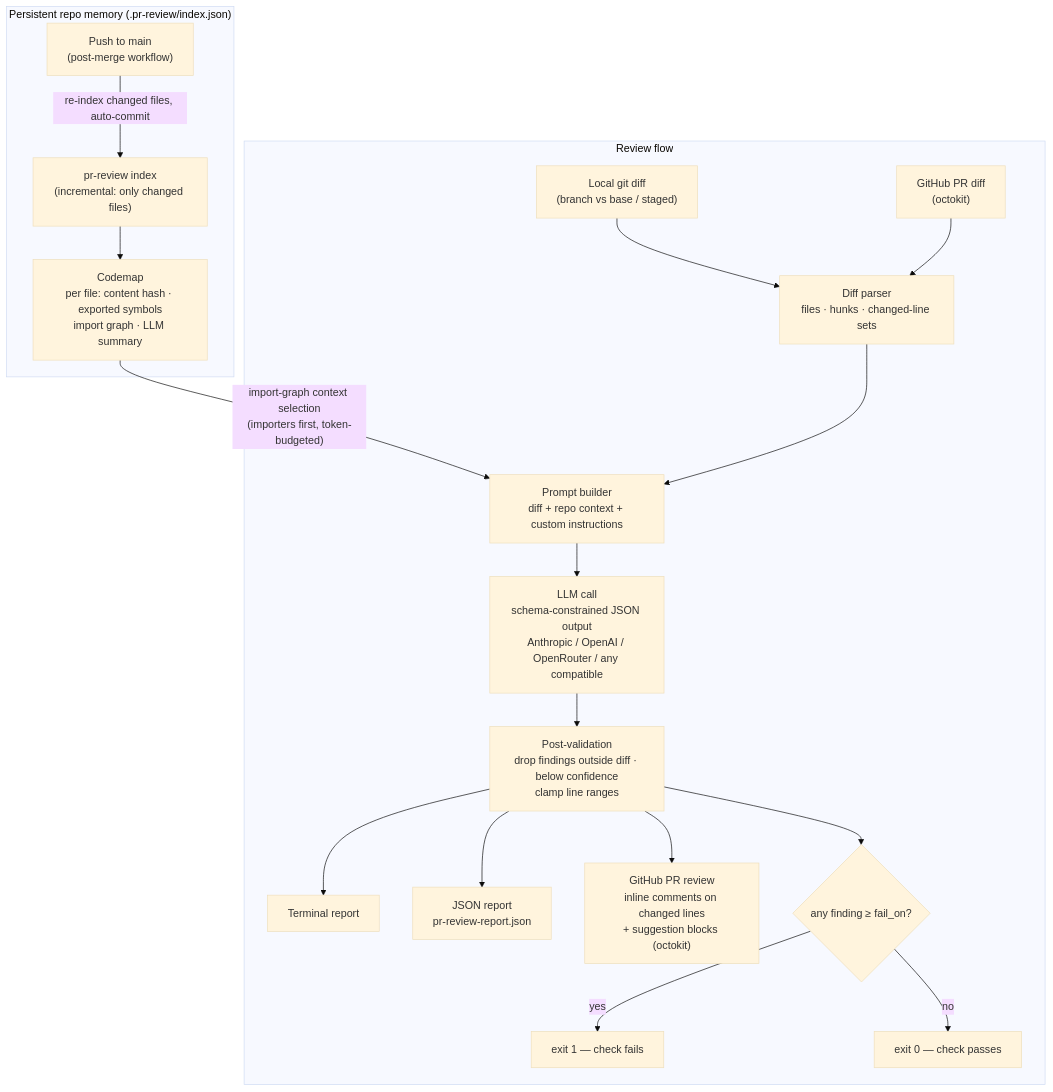
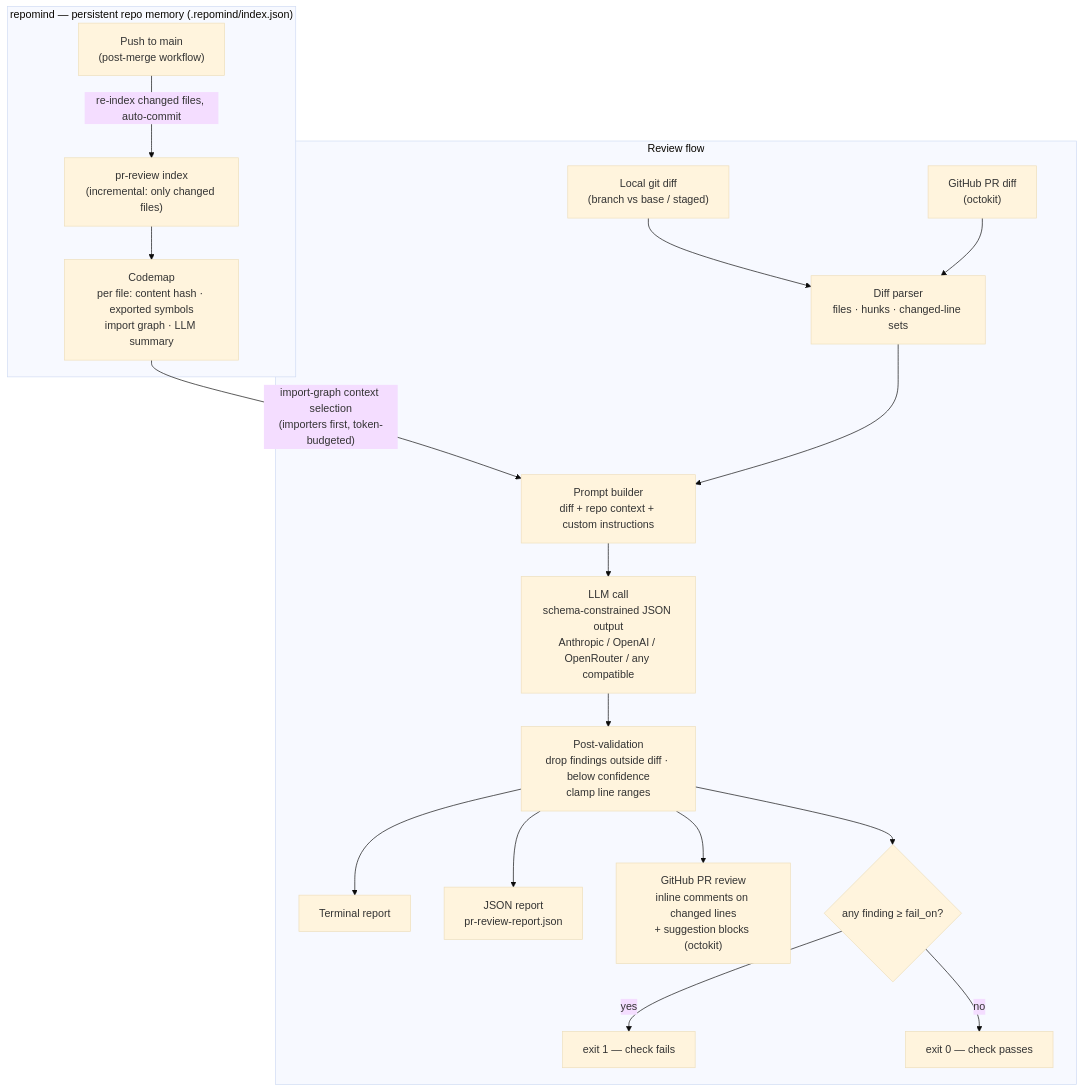
Before and after one commit to rv-ranbir/ai-tools: the diagram in README.md, drawn with Mermaid (base theme). The commit also changed other lines of this file and 51 other files, not shown here.

First line of the commit message:
feat: extract repomind — standalone repo memory with MCP server, CLI and library

````diff
--- a/README.md
+++ b/README.md
@@ -16,22 +21,22 @@
 ```mermaid
 flowchart TD
-    subgraph memory["Persistent repo memory (.pr-review/index.json)"]
+    subgraph memory["repomind — persistent repo memory (.repomind/index.json)"]
         IDX["pr-review index\n(incremental: only changed files)"] --> MAP["Codemap\nper file: content hash · exported symbols\nimport graph · LLM summary"]
         MERGE["Push to main\n(post-merge workflow)"] -->|re-index changed files, auto-commit| IDX
     end
 
     subgraph review["Review flow"]
         D1["Local git diff\n(branch vs base / staged)"] --> P["Diff parser\nfiles · hunks · changed-line sets"]
         D2["GitHub PR diff\n(octokit)"] --> P
         MAP -->|"import-graph context selection\n(importers first, token-budgeted)"| PR["Prompt builder\ndiff + repo context + custom instructions"]
         P --> PR
         PR --> LLM["LLM call\nschema-constrained JSON output\nAnthropic / OpenAI / OpenRouter / any compatible"]
         LLM --> V["Post-validation\ndrop findings outside diff · below confidence\nclamp line ranges"]
         V --> R1["Terminal report"]
         V --> R2["JSON report\npr-review-report.json"]
         V --> R3["GitHub PR review\ninline comments on changed lines\n+ suggestion blocks (octokit)"]
         V --> GATE{"any finding ≥ fail_on?"}
         GATE -->|yes| FAIL["exit 1 — check fails"]
         GATE -->|no| PASS["exit 0 — check passes"]
     end
 ```
````
